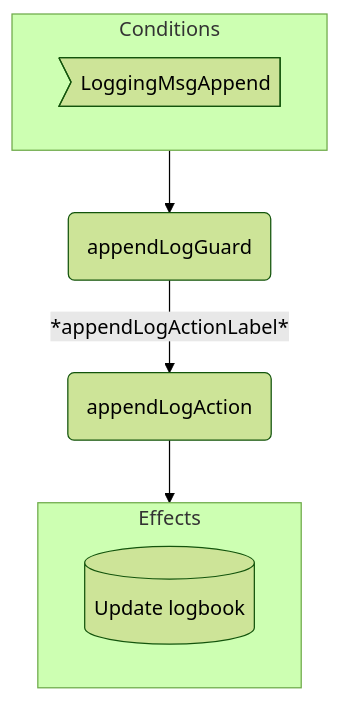
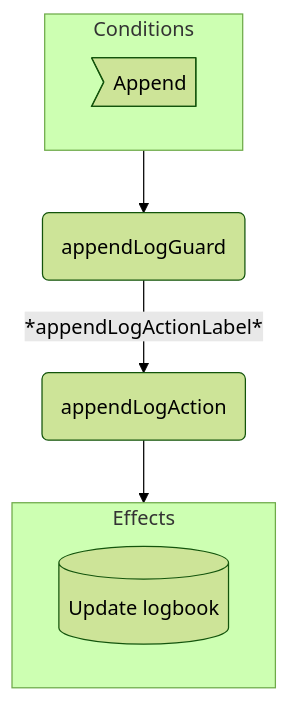
One commit to anoma/nspec changed the diagram in docs/arch/node/engines/logging_behaviour.juvix.md. Above: the diagram before and after it, drawn with Mermaid (forest theme). The commit also changed other lines of this file and 138 other files, not shown here.

````diff
--- a/docs/arch/node/engines/logging_behaviour.juvix.md
+++ b/docs/arch/node/engines/logging_behaviour.juvix.md
@@ -277,15 +277,15 @@
 ```mermaid
 flowchart TD
   subgraph C[Conditions]
-    CMsg>LoggingMsgAppend]
+    CMsg>Append]
   end
 
   G(appendLogGuard)
   A(appendLogAction)
 
   C --> G -- *appendLogActionLabel* --> A --> E
 
   subgraph E[Effects]
     EEnv[(Update logbook)]
   end
 ```
````
